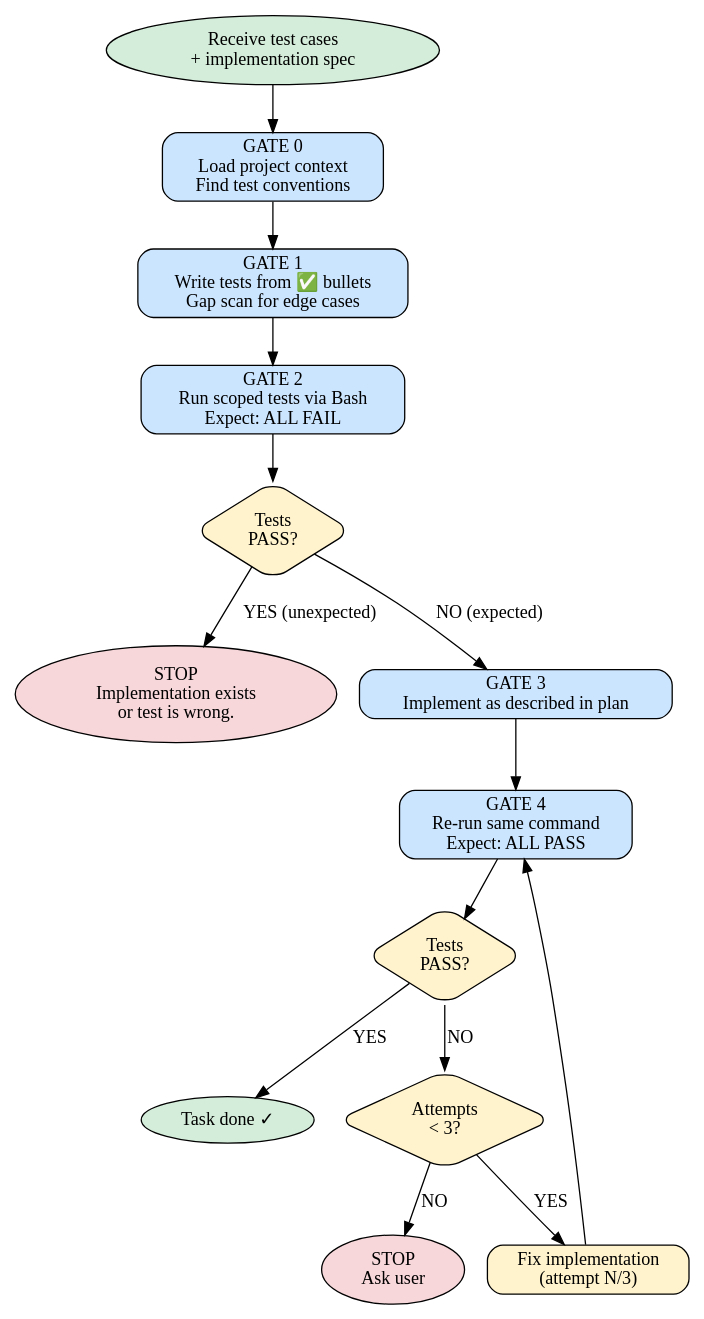
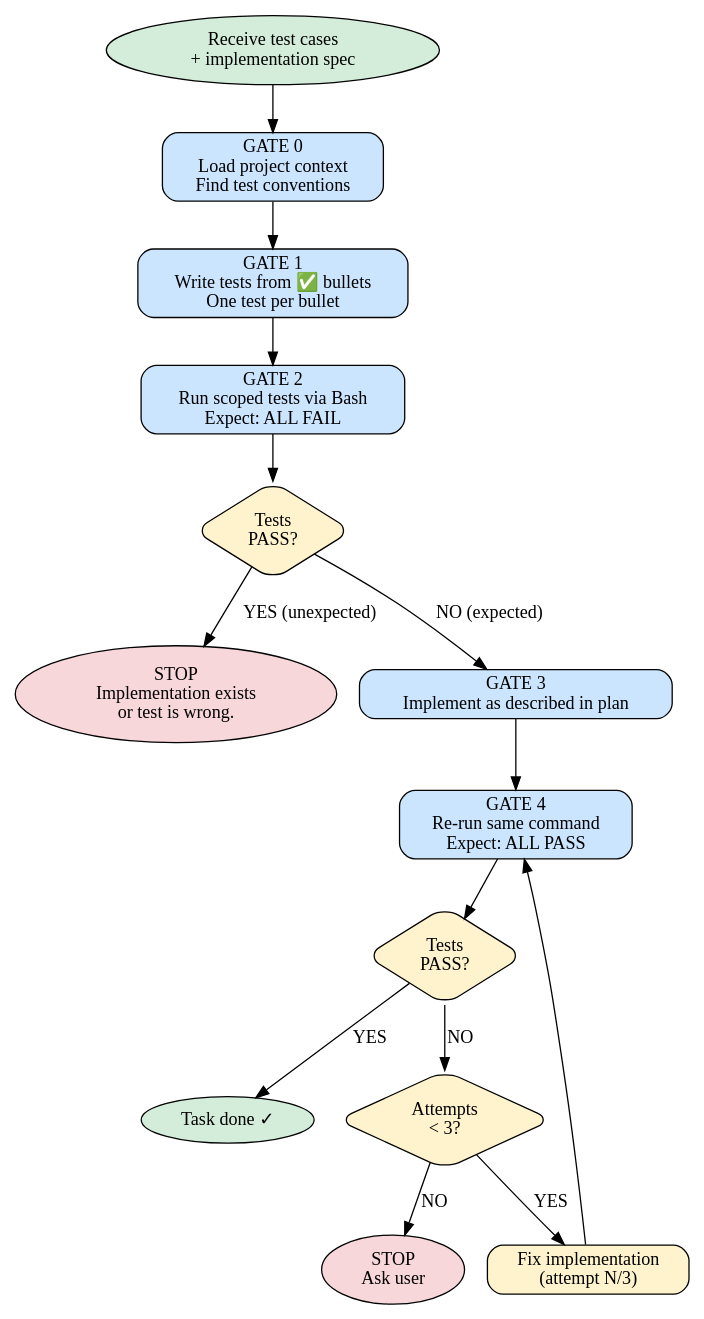
The diagram in skills/test-driven-development/SKILL.md (broneq/bdk), drawn with Graphviz before and after one commit. The commit also changed other lines of this file and 11 other files, not shown here.

````diff
--- a/skills/test-driven-development/SKILL.md
+++ b/skills/test-driven-development/SKILL.md
@@ -16,34 +16,34 @@
 ```dot
 digraph tdd {
     rankdir=TB
     node [shape=box, style="rounded,filled", fillcolor="#f0f0f0"]
 
     start [label="Receive test cases\n+ implementation spec", shape=ellipse, fillcolor="#d4edda"]
     g0 [label="GATE 0\nLoad project context\nFind test conventions", fillcolor="#cce5ff"]
-    g1 [label="GATE 1\nWrite tests from ✅ bullets\nGap scan for edge cases", fillcolor="#cce5ff"]
+    g1 [label="GATE 1\nWrite tests from ✅ bullets\nOne test per bullet", fillcolor="#cce5ff"]
     g2 [label="GATE 2\nRun scoped tests via Bash\nExpect: ALL FAIL", fillcolor="#cce5ff"]
     tests_pass [label="Tests\nPASS?", shape=diamond, fillcolor="#fff3cd"]
     stop_investigate [label="STOP\nImplementation exists\nor test is wrong.", shape=ellipse, fillcolor="#f8d7da"]
     g3 [label="GATE 3\nImplement as described in plan", fillcolor="#cce5ff"]
     g4 [label="GATE 4\nRe-run same command\nExpect: ALL PASS", fillcolor="#cce5ff"]
     green_pass [label="Tests\nPASS?", shape=diamond, fillcolor="#fff3cd"]
     fix_attempt [label="Fix implementation\n(attempt N/3)", fillcolor="#fff3cd"]
     too_many [label="STOP\nAsk user", shape=ellipse, fillcolor="#f8d7da"]
     attempts_left [label="Attempts\n< 3?", shape=diamond, fillcolor="#fff3cd"]
     done [label="Task done ✓", shape=ellipse, fillcolor="#d4edda"]
 
     start -> g0
     g0 -> g1
     g1 -> g2
     g2 -> tests_pass
     tests_pass -> stop_investigate [label="YES (unexpected)"]
     tests_pass -> g3 [label="NO (expected)"]
     g3 -> g4
     g4 -> green_pass
     green_pass -> done [label="YES"]
     green_pass -> attempts_left [label="NO"]
     attempts_left -> fix_attempt [label="YES"]
     attempts_left -> too_many [label="NO"]
     fix_attempt -> g4
 }
 ```
````
